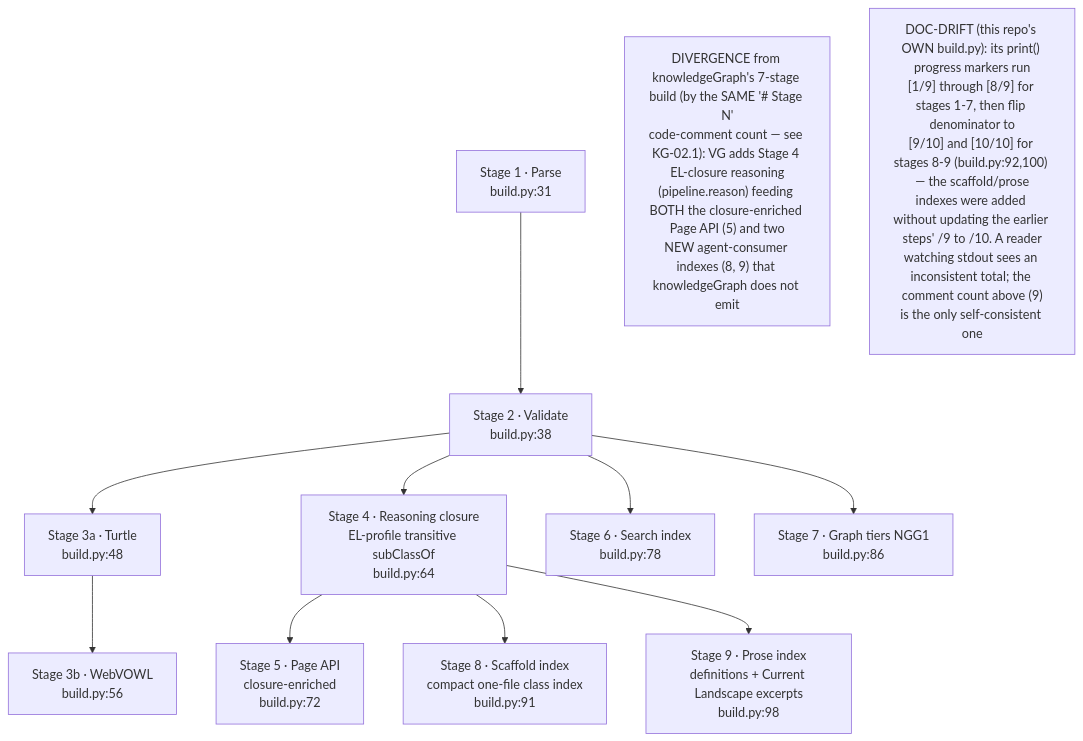
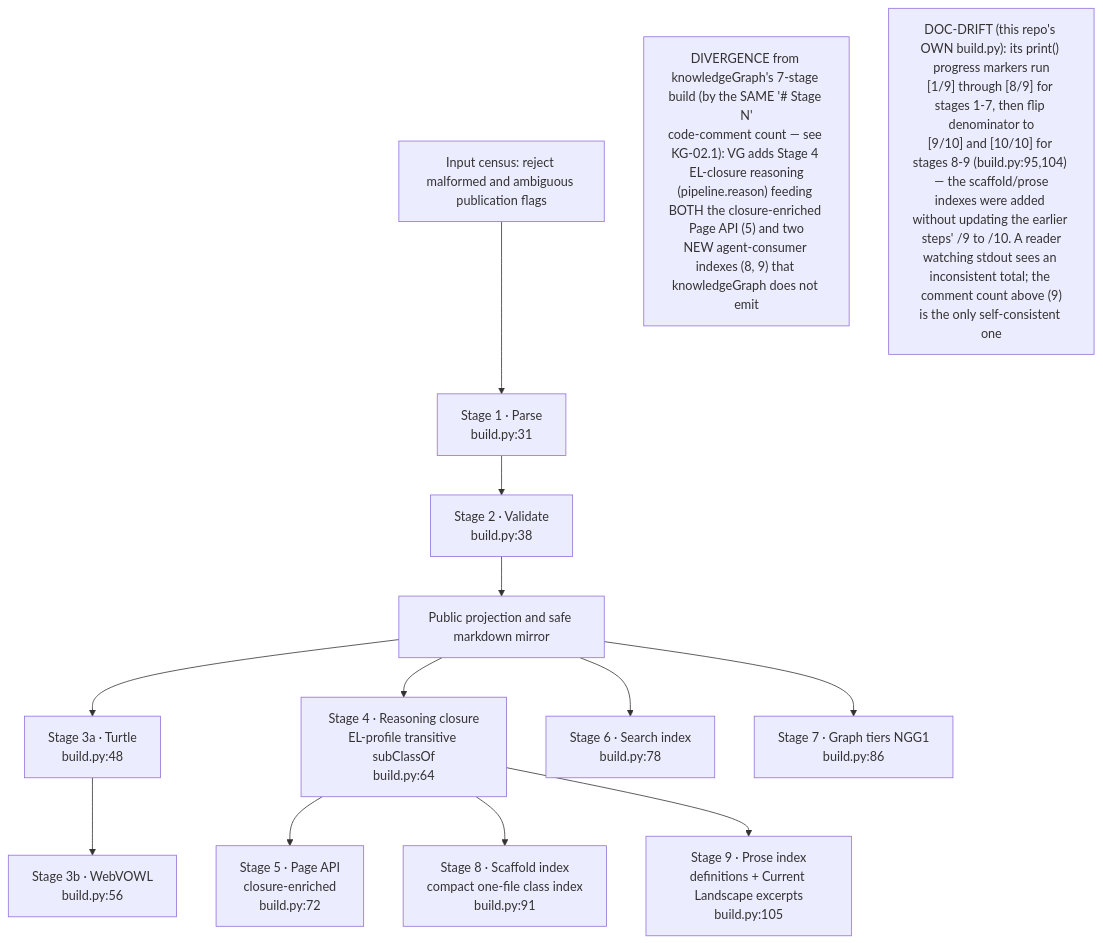
Before and after one commit to DreamLab-AI/VisionFlow: the first of 7 diagrams in docs/diagrams/visiongraph/02-authoring-to-pipeline-flow.md, drawn with Mermaid. The commit also changed other lines of this file and 52 other files, not shown here.

First line of the commit message:
docs(diagrams): wave 3 checkpoint — bare line refs resolved, revision-pinned cite-check, VC-05/AB-01..13 re-attested

````diff
--- a/docs/diagrams/visiongraph/02-authoring-to-pipeline-flow.md
+++ b/docs/diagrams/visiongraph/02-authoring-to-pipeline-flow.md
@@ -23,21 +24,22 @@
 ```mermaid
 flowchart TD
     S1["Stage 1 · Parse<br/>build.py:31"]
     S2["Stage 2 · Validate<br/>build.py:38"]
     S3A["Stage 3a · Turtle<br/>build.py:48"]
     S3B["Stage 3b · WebVOWL<br/>build.py:56"]
     S4["Stage 4 · Reasoning closure<br/>EL-profile transitive subClassOf<br/>build.py:64"]
     S5["Stage 5 · Page API<br/>closure-enriched<br/>build.py:72"]
     S6["Stage 6 · Search index<br/>build.py:78"]
     S7["Stage 7 · Graph tiers NGG1<br/>build.py:86"]
     S8["Stage 8 · Scaffold index<br/>compact one-file class index<br/>build.py:91"]
-    S9["Stage 9 · Prose index<br/>definitions + Current Landscape excerpts<br/>build.py:98"]
-    S1 --> S2 --> S3A --> S3B
-    S2 --> S4 --> S5
-    S2 --> S6
-    S2 --> S7
+    S9["Stage 9 · Prose index<br/>definitions + Current Landscape excerpts<br/>build.py:105"]
+    PRE["Input census: reject malformed and ambiguous publication flags"] --> S1
+    S1 --> S2 --> PUB["Public projection and safe markdown mirror"] --> S3A --> S3B
+    PUB --> S4 --> S5
+    PUB --> S6
+    PUB --> S7
     S4 --> S8
     S4 --> S9
     note1["DIVERGENCE from knowledgeGraph#39;s 7-stage build #40;by the SAME '# Stage N'<br/>code-comment count — see KG-02.1#41;: VG adds Stage 4 EL-closure reasoning<br/>#40;pipeline.reason#41; feeding BOTH the closure-enriched Page API #40;5#41; and two<br/>NEW agent-consumer indexes #40;8, 9#41; that knowledgeGraph does not emit"]
-    note2["DOC-DRIFT #40;this repo's OWN build.py#41;: its print#40;#41; progress markers run<br/>#91;1/9#93; through #91;8/9#93; for stages 1-7, then flip denominator to<br/>#91;9/10#93; and #91;10/10#93; for stages 8-9 #40;build.py:92,100#41; — the scaffold/prose<br/>indexes were added without updating the earlier steps' /9 to /10. A reader<br/>watching stdout sees an inconsistent total; the comment count above #40;9#41;<br/>is the only self-consistent one"]
+    note2["DOC-DRIFT #40;this repo's OWN build.py#41;: its print#40;#41; progress markers run<br/>#91;1/9#93; through #91;8/9#93; for stages 1-7, then flip denominator to<br/>#91;9/10#93; and #91;10/10#93; for stages 8-9 #40;build.py:95,104#41; — the scaffold/prose<br/>indexes were added without updating the earlier steps' /9 to /10. A reader<br/>watching stdout sees an inconsistent total; the comment count above #40;9#41;<br/>is the only self-consistent one"]
 ```
````
